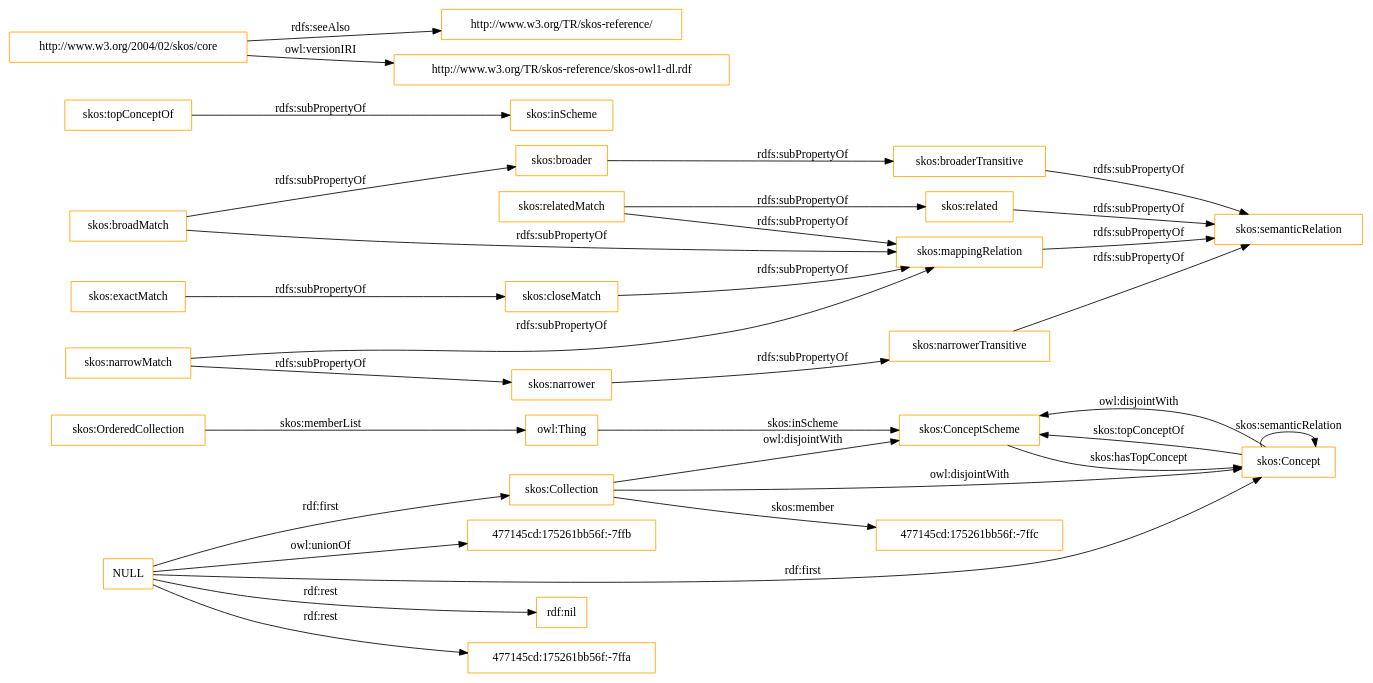
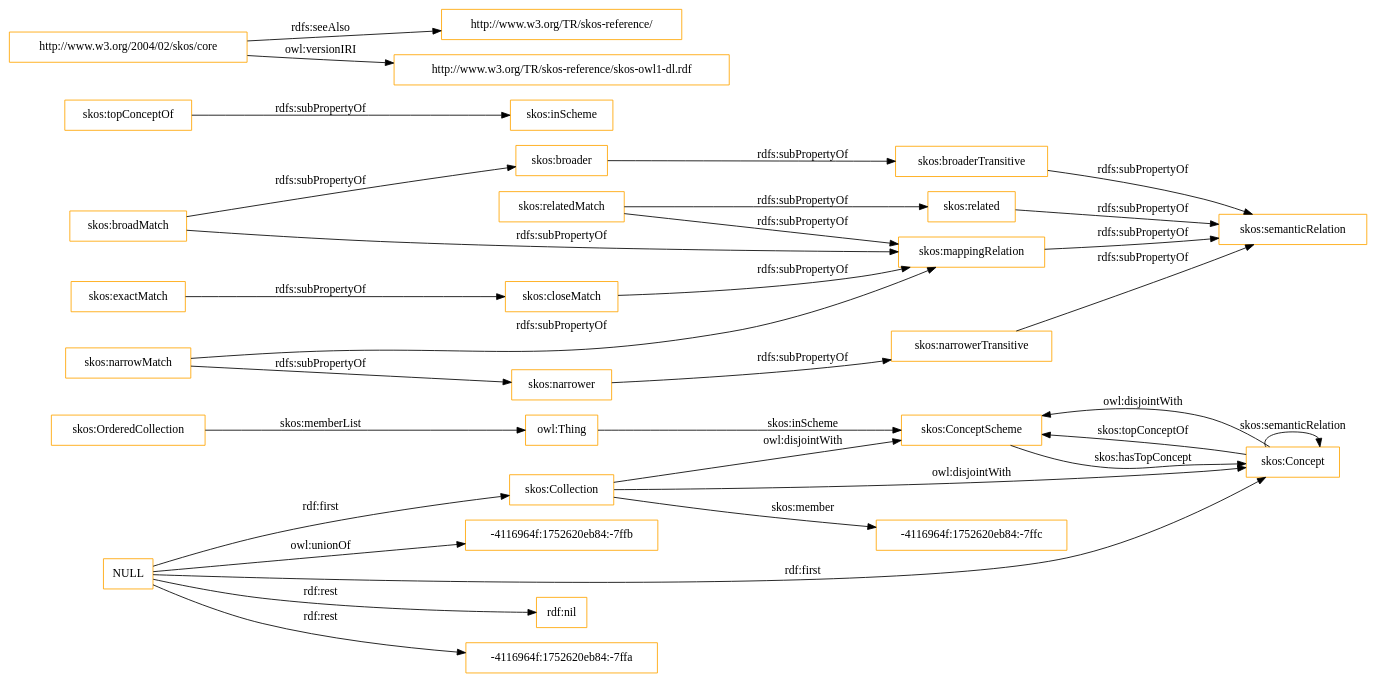
One commit to OnToologyUser/core-ontology-1 changed the diagram in OnToology/imports/skos.owl/diagrams/ar2dtool-class/skos.owl.png.dot. Above: the diagram before and after it, drawn with Graphviz. The commit also changed 14 other files, not shown here.

```diff
--- a/OnToology/imports/skos.owl/diagrams/ar2dtool-class/skos.owl.png.dot
+++ b/OnToology/imports/skos.owl/diagrams/ar2dtool-class/skos.owl.png.dot
@@ -1,37 +1,37 @@
 digraph ar2dtool_diagram { 
 rankdir=LR;
 size="1501"
-node [shape = rectangle, color="orange"]; "skos:OrderedCollection" "skos:ConceptScheme" "skos:Concept" "skos:Collection" "477145cd:175261bb56f:-7ffc" ; /*classes style*/
+node [shape = rectangle, color="orange"]; "skos:OrderedCollection" "skos:ConceptScheme" "skos:Concept" "skos:Collection" "-4116964f:1752620eb84:-7ffc" ; /*classes style*/
 	"skos:narrowerTransitive" -> "skos:semanticRelation" [ label = "rdfs:subPropertyOf" ];
 	"NULL" -> "rdf:nil" [ label = "rdf:rest" ];
 	"NULL" -> "skos:Concept" [ label = "rdf:first" ];
-	"NULL" -> "477145cd:175261bb56f:-7ffa" [ label = "rdf:rest" ];
+	"NULL" -> "-4116964f:1752620eb84:-7ffa" [ label = "rdf:rest" ];
 	"NULL" -> "skos:Collection" [ label = "rdf:first" ];
-	"NULL" -> "477145cd:175261bb56f:-7ffb" [ label = "owl:unionOf" ];
+	"NULL" -> "-4116964f:1752620eb84:-7ffb" [ label = "owl:unionOf" ];
 	"skos:closeMatch" -> "skos:mappingRelation" [ label = "rdfs:subPropertyOf" ];
 	"skos:Concept" -> "skos:ConceptScheme" [ label = "owl:disjointWith" ];
 	"skos:relatedMatch" -> "skos:related" [ label = "rdfs:subPropertyOf" ];
 	"skos:relatedMatch" -> "skos:mappingRelation" [ label = "rdfs:subPropertyOf" ];
 	"skos:related" -> "skos:semanticRelation" [ label = "rdfs:subPropertyOf" ];
 	"skos:topConceptOf" -> "skos:inScheme" [ label = "rdfs:subPropertyOf" ];
 	"skos:broadMatch" -> "skos:mappingRelation" [ label = "rdfs:subPropertyOf" ];
 	"skos:broadMatch" -> "skos:broader" [ label = "rdfs:subPropertyOf" ];
 	"skos:exactMatch" -> "skos:closeMatch" [ label = "rdfs:subPropertyOf" ];
 	"skos:broaderTransitive" -> "skos:semanticRelation" [ label = "rdfs:subPropertyOf" ];
 	"skos:broader" -> "skos:broaderTransitive" [ label = "rdfs:subPropertyOf" ];
 	"skos:mappingRelation" -> "skos:semanticRelation" [ label = "rdfs:subPropertyOf" ];
 	"http://www.w3.org/2004/02/skos/core" -> "http://www.w3.org/TR/skos-reference/" [ label = "rdfs:seeAlso" ];
 	"http://www.w3.org/2004/02/skos/core" -> "http://www.w3.org/TR/skos-reference/skos-owl1-dl.rdf" [ label = "owl:versionIRI" ];
 	"skos:Collection" -> "skos:ConceptScheme" [ label = "owl:disjointWith" ];
 	"skos:Collection" -> "skos:Concept" [ label = "owl:disjointWith" ];
 	"skos:narrower" -> "skos:narrowerTransitive" [ label = "rdfs:subPropertyOf" ];
 	"skos:narrowMatch" -> "skos:narrower" [ label = "rdfs:subPropertyOf" ];
 	"skos:narrowMatch" -> "skos:mappingRelation" [ label = "rdfs:subPropertyOf" ];
 	"skos:OrderedCollection" -> "owl:Thing" [ label = "skos:memberList" ];
 	"skos:Concept" -> "skos:ConceptScheme" [ label = "skos:topConceptOf" ];
 	"skos:Concept" -> "skos:Concept" [ label = "skos:semanticRelation" ];
-	"skos:Collection" -> "477145cd:175261bb56f:-7ffc" [ label = "skos:member" ];
+	"skos:Collection" -> "-4116964f:1752620eb84:-7ffc" [ label = "skos:member" ];
 	"skos:ConceptScheme" -> "skos:Concept" [ label = "skos:hasTopConcept" ];
 	"owl:Thing" -> "skos:ConceptScheme" [ label = "skos:inScheme" ];
 
 }
```
